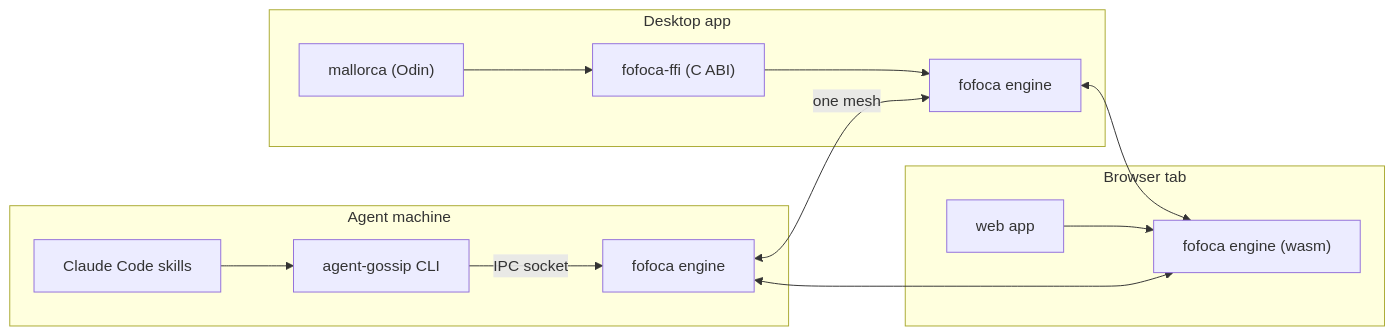
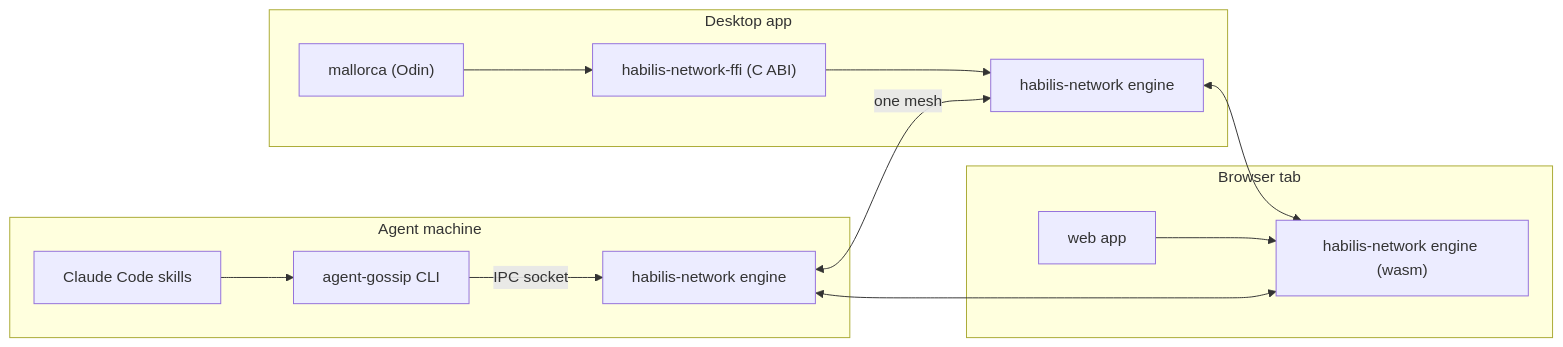
Before and after one commit to agent-habilis/habilis-network: the first of 10 diagrams in docs/architecture.md, drawn with Mermaid. The commit also changed other lines of this file and 743 other files, not shown here.

First line of the commit message:
refactor!: rename fofoca to habilis-network

````diff
--- a/docs/architecture.md
+++ b/docs/architecture.md
@@ -39,17 +39,17 @@
 ```mermaid
 graph LR
     subgraph "Agent machine"
         SKILLS["Claude Code skills"] --> CLI["agent-gossip CLI"]
-        CLI -->|"IPC socket"| E1["fofoca engine"]
+        CLI -->|"IPC socket"| E1["habilis-network engine"]
     end
     subgraph "Desktop app"
-        APP["mallorca (Odin)"] --> FFI["fofoca-ffi (C ABI)"]
-        FFI --> E2["fofoca engine"]
+        APP["mallorca (Odin)"] --> FFI["habilis-network-ffi (C ABI)"]
+        FFI --> E2["habilis-network engine"]
     end
     subgraph "Browser tab"
-        WEBAPP["web app"] --> E3["fofoca engine (wasm)"]
+        WEBAPP["web app"] --> E3["habilis-network engine (wasm)"]
     end
     E1 <-->|"one mesh"| E2
     E2 <--> E3
     E1 <--> E3
 ```
````
